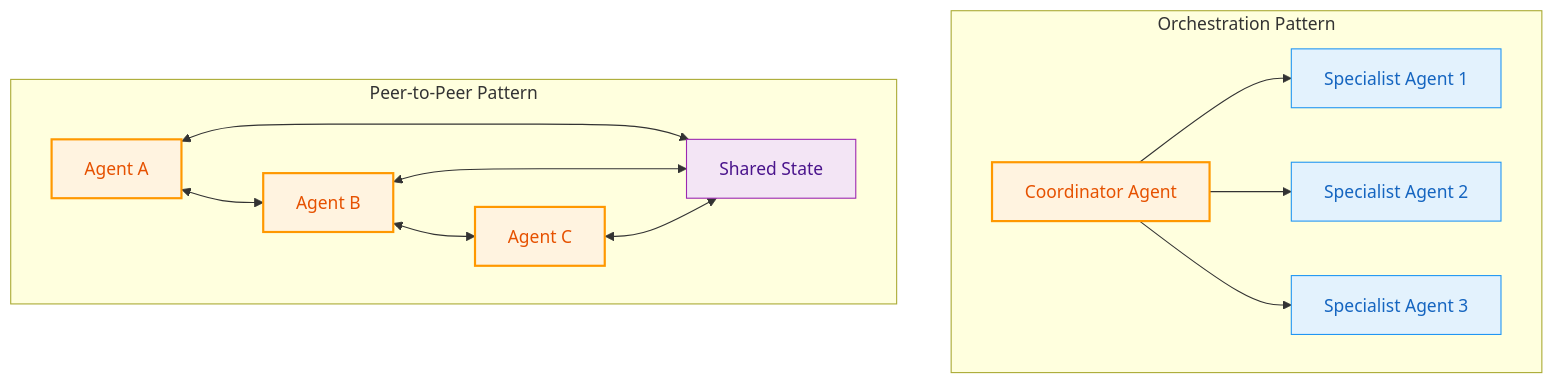
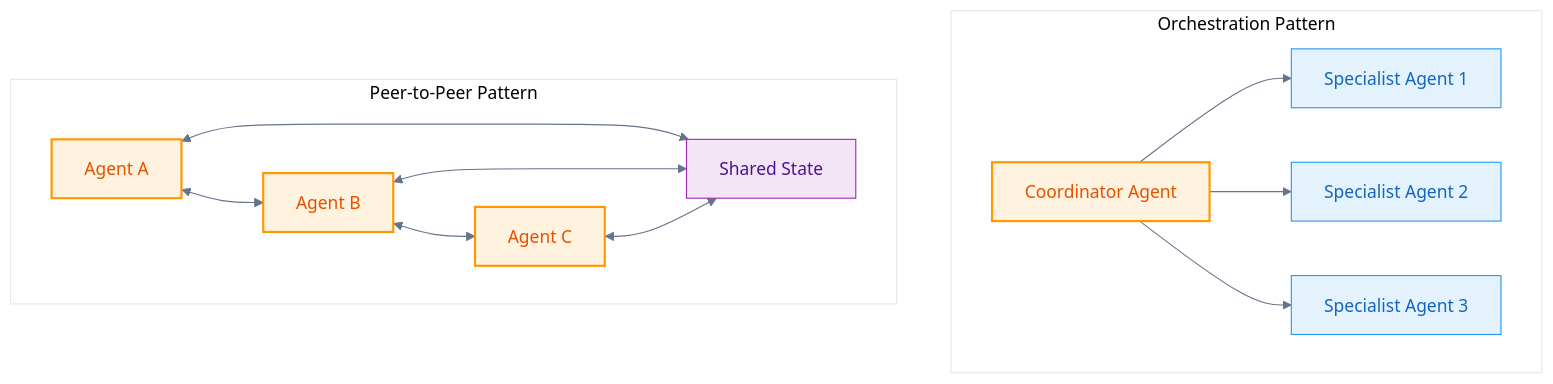
The first of 2 diagrams in site/docs/scale/architecture/multi-agent-systems.md (jupyter-naas/docs), drawn with Mermaid before and after one commit. The commit also changed other lines of this file and 3 other files, not shown here.

First line of the commit message:
fix: Apply consistent Mermaid theme to ALL diagrams across scale documentation

````diff
--- a/site/docs/scale/architecture/multi-agent-systems.md
+++ b/site/docs/scale/architecture/multi-agent-systems.md
@@ -13,37 +13,38 @@
 ```mermaid
+%%{init: {'theme':'base', 'themeVariables': {'primaryColor': '#f8fafc', 'primaryTextColor': '#1e293b', 'primaryBorderColor': '#e2e8f0', 'lineColor': '#64748b'}}}%%
 graph TD
     subgraph "Orchestration Pattern"
         COORD[Coordinator Agent]
         WORK1[Specialist Agent 1]
         WORK2[Specialist Agent 2]
         WORK3[Specialist Agent 3]
     end
     
     subgraph "Peer-to-Peer Pattern"
         A[Agent A]
         B[Agent B]
         C[Agent C]
         STATE[Shared State]
     end
     
     COORD --> WORK1
     COORD --> WORK2
     COORD --> WORK3
     
     A <--> STATE
     B <--> STATE
     C <--> STATE
     A <--> B
     B <--> C
     
     classDef userExp fill:#e8f5e8,stroke:#4caf50,stroke-width:2px,color:#2e7d32
     classDef platform fill:#e3f2fd,stroke:#2196f3,stroke-width:1px,color:#1565c0
     classDef aiEngine fill:#fff3e0,stroke:#ff9800,stroke-width:2px,color:#e65100
     classDef dataLayer fill:#f3e5f5,stroke:#9c27b0,stroke-width:1px,color:#4a148c
     classDef infrastructure fill:#fce4ec,stroke:#e91e63,stroke-width:1px,color:#880e4f
     
     class COORD aiEngine
     class WORK1,WORK2,WORK3 platform
     class A,B,C aiEngine
     class STATE dataLayer
 ```
````
